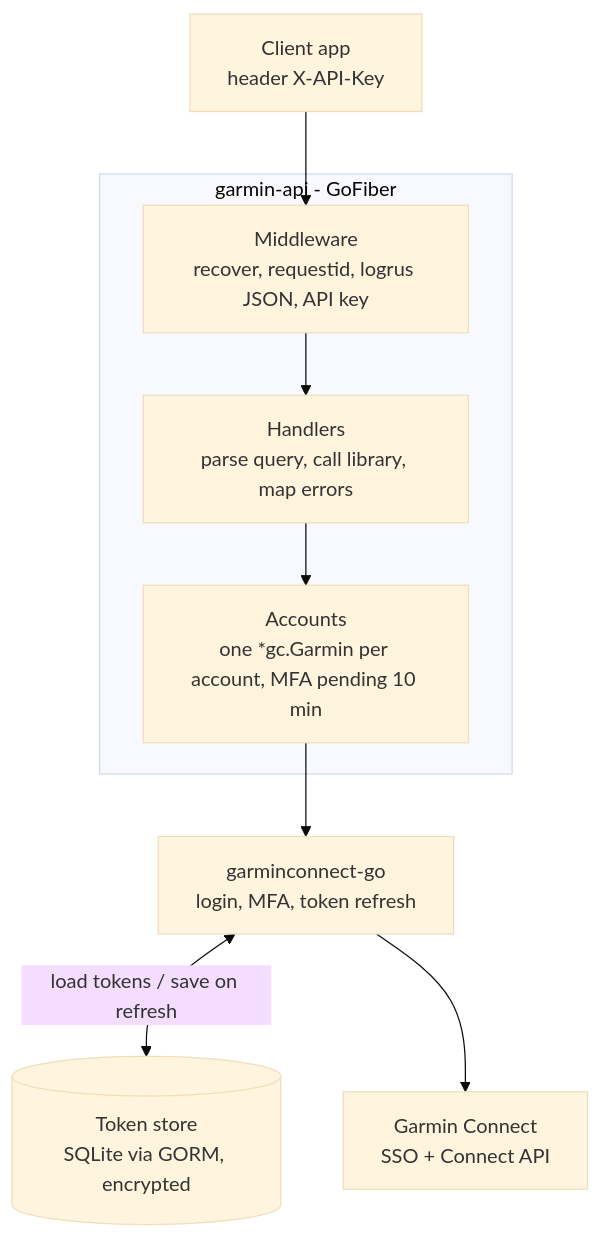
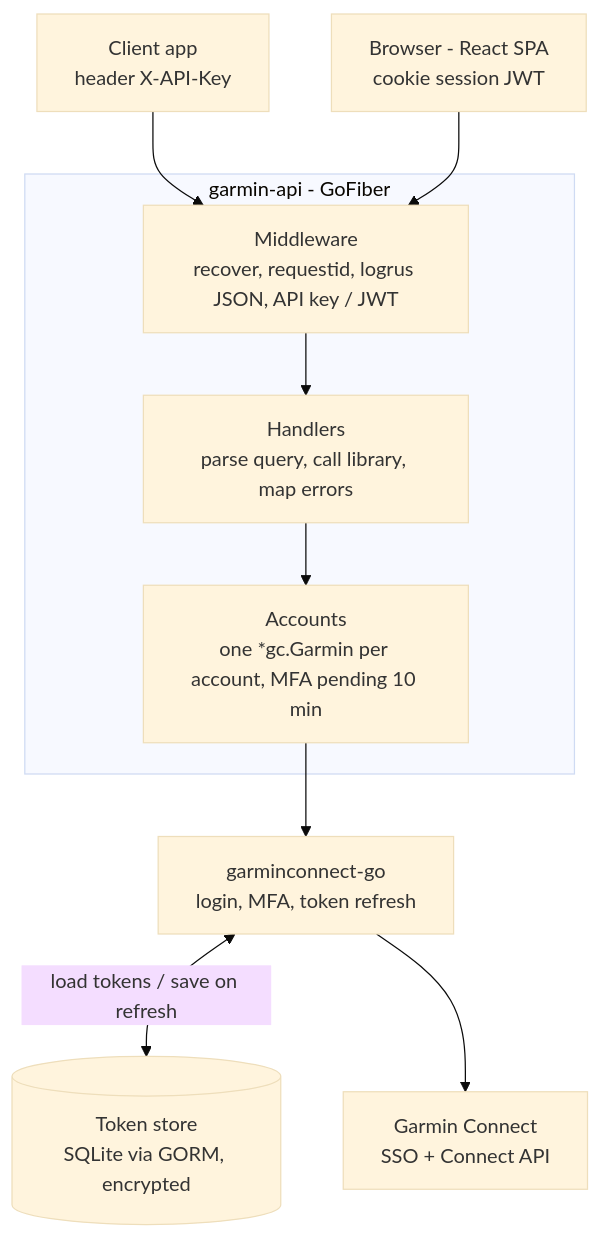
One commit to katarsisxyz/garmin-app changed the diagram in docs/PRD.md. Above: the diagram before and after it, drawn with Mermaid (base theme). The commit also changed other lines of this file and 28 other files, not shown here.

````diff
--- a/docs/PRD.md
+++ b/docs/PRD.md
@@ -199,11 +213,12 @@
 ```mermaid
 flowchart TD
     C[Client app<br/>header X-API-Key] --> MW
+    B[Browser - React SPA<br/>cookie session JWT] --> MW
     subgraph API[garmin-api - GoFiber]
-        MW[Middleware<br/>recover, requestid, logrus JSON, API key] --> H[Handlers<br/>parse query, call library, map errors]
+        MW[Middleware<br/>recover, requestid, logrus JSON, API key / JWT] --> H[Handlers<br/>parse query, call library, map errors]
         H --> A[Accounts<br/>one *gc.Garmin per account, MFA pending 10 min]
     end
     A --> L[garminconnect-go<br/>login, MFA, token refresh]
     L <-->|load tokens / save on refresh| T[(Token store<br/>SQLite via GORM, encrypted)]
     L --> G[Garmin Connect<br/>SSO + Connect API]
 ```
````
